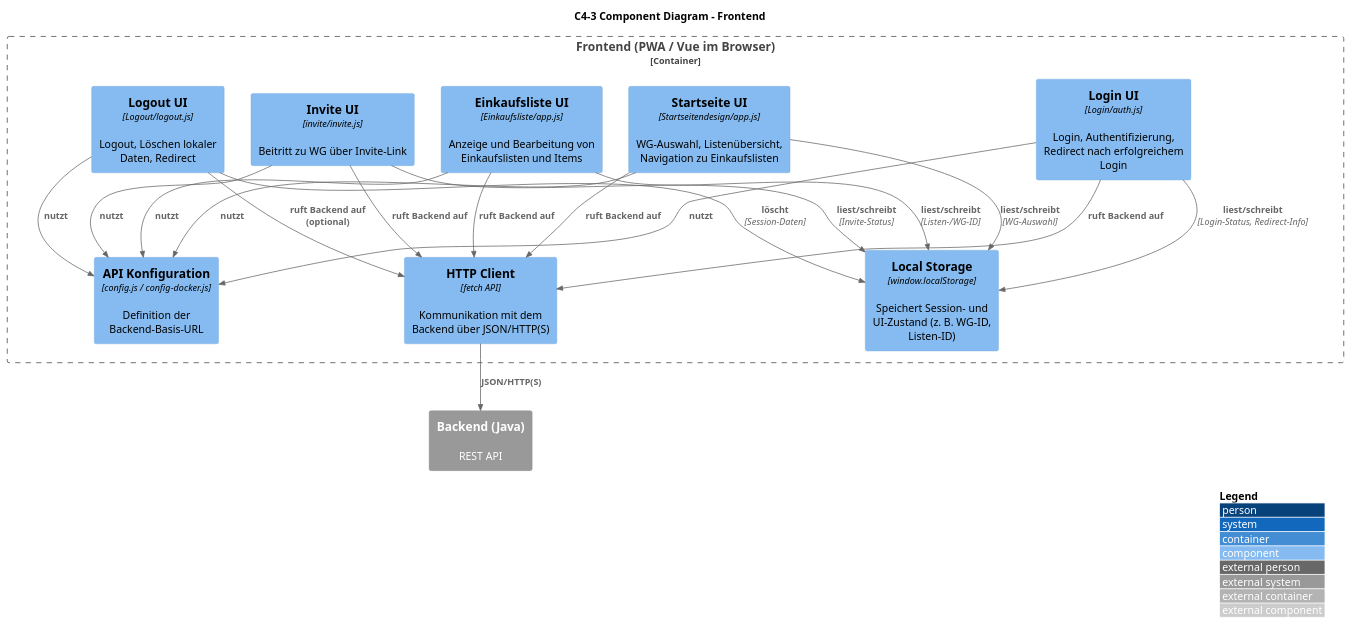
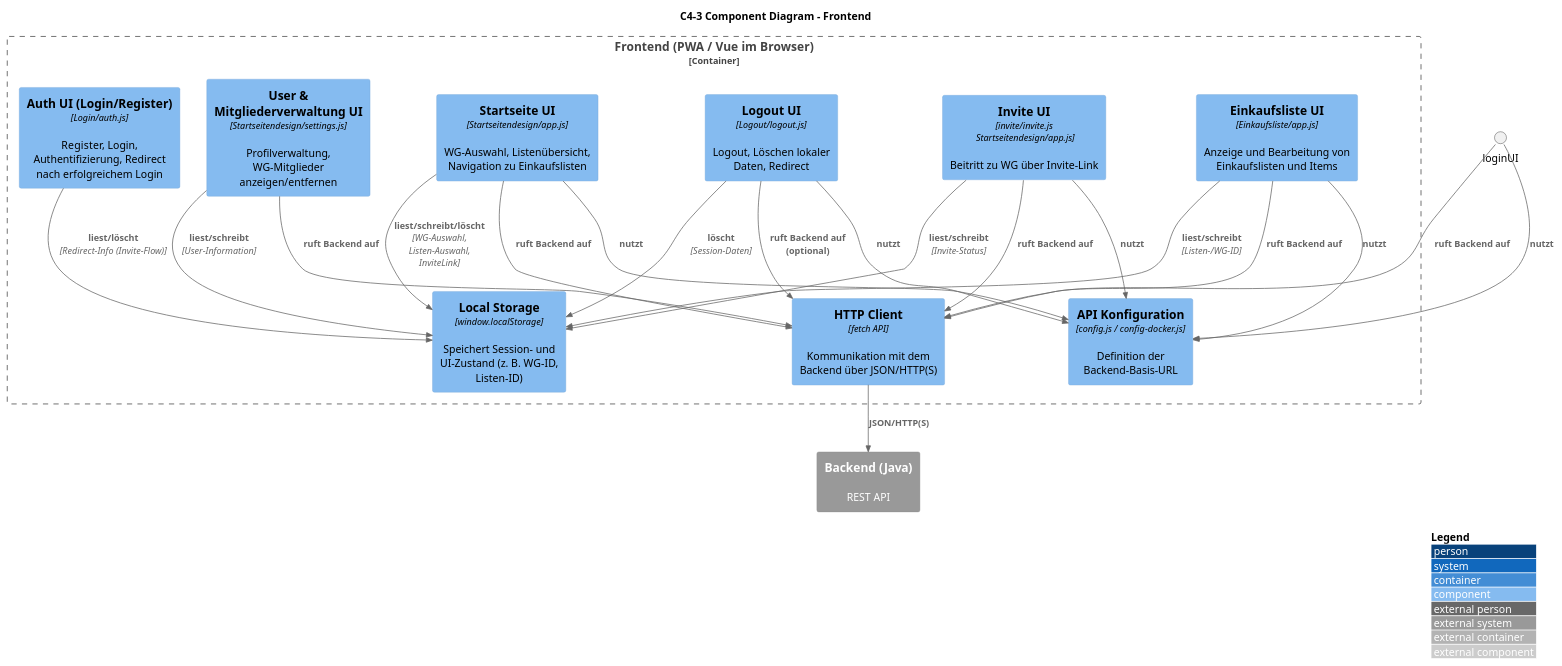
Before and after one commit to MasterOfDevilLP/ShareShop: the diagram in docs/architecture/plantuml/level3_components_frontend.puml, drawn with PlantUML.

Commit message:
c4 Frontend update

```diff
--- a/docs/architecture/plantuml/level3_components_frontend.puml
+++ b/docs/architecture/plantuml/level3_components_frontend.puml
@@ -1,50 +1,57 @@
 @startuml c4_level3_components_frontend
 !include <c4/C4_Component.puml>
 
 LAYOUT_WITH_LEGEND()
 
 title C4-3 Component Diagram – Frontend
 
 Container_Boundary(frontend, "Frontend (PWA / Vue im Browser)") {
 
-    Component(loginUI, "Login UI", "Login/auth.js","Login, Authentifizierung, Redirect nach erfolgreichem Login")
+    Component(authUI, "Auth UI (Login/Register)", "Login/auth.js", "Register, Login, Authentifizierung, Redirect nach erfolgreichem Login")
 
     Component(startUI, "Startseite UI", "Startseitendesign/app.js","WG-Auswahl, Listenübersicht, Navigation zu Einkaufslisten")
 
     Component(listUI, "Einkaufsliste UI", "Einkaufsliste/app.js","Anzeige und Bearbeitung von Einkaufslisten und Items")
 
-    Component(inviteUI, "Invite UI", "invite/invite.js","Beitritt zu WG über Invite-Link")
+    Component(inviteUI, "Invite UI", "invite/invite.js \n Startseitendesign/app.js","Beitritt zu WG über Invite-Link")
 
     Component(logoutUI, "Logout UI", "Logout/logout.js","Logout, Löschen lokaler Daten, Redirect")
+
+    Component(userSettingsUI, "User & Mitgliederverwaltung UI", "Startseitendesign/settings.js", "Profilverwaltung, WG-Mitglieder anzeigen/entfernen")
 
     Component(apiConfig, "API Konfiguration", "config.js / config-docker.js","Definition der Backend-Basis-URL")
 
     Component(httpClient, "HTTP Client", "fetch API","Kommunikation mit dem Backend über JSON/HTTP(S)")
 
     Component(localStore, "Local Storage", "window.localStorage","Speichert Session- und UI-Zustand (z. B. WG-ID, Listen-ID)")
 }
 
 System_Ext(backend, "Backend (Java)", "REST API")
 
 ' --- Nutzung gemeinsamer Infrastruktur ---
 Rel(loginUI, apiConfig, "nutzt")
 Rel(startUI, apiConfig, "nutzt")
 Rel(listUI, apiConfig, "nutzt")
 Rel(inviteUI, apiConfig, "nutzt")
 Rel(logoutUI, apiConfig, "nutzt")
 
 Rel(loginUI, httpClient, "ruft Backend auf")
 Rel(startUI, httpClient, "ruft Backend auf")
 Rel(listUI, httpClient, "ruft Backend auf")
 Rel(inviteUI, httpClient, "ruft Backend auf")
+Rel(userSettingsUI, httpClient, "ruft Backend auf")
 Rel(logoutUI, httpClient, "ruft Backend auf (optional)")
 
 Rel(httpClient, backend, "JSON/HTTP(S)")
 
-Rel(loginUI, localStore, "liest/schreibt", "Login-Status, Redirect-Info")
-Rel(startUI, localStore, "liest/schreibt", "WG-Auswahl")
+Rel(authUI, localStore, "liest/löscht", "Redirect-Info (Invite-Flow)")
+Rel(startUI, localStore, "liest/schreibt/löscht", "WG-Auswahl, Listen-Auswahl, InviteLink")
 Rel(listUI, localStore, "liest/schreibt", "Listen-/WG-ID")
 Rel(inviteUI, localStore, "liest/schreibt", "Invite-Status")
+Rel(userSettingsUI, localStore, "liest/schreibt", "User-Information")
 Rel(logoutUI, localStore, "löscht", "Session-Daten")
 
+
+
+
 @enduml
```
